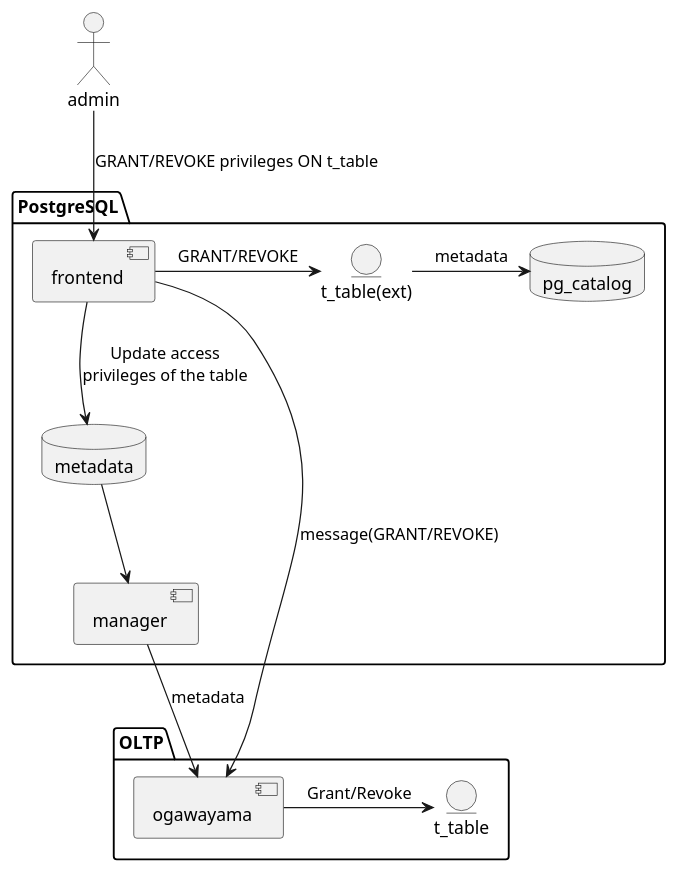
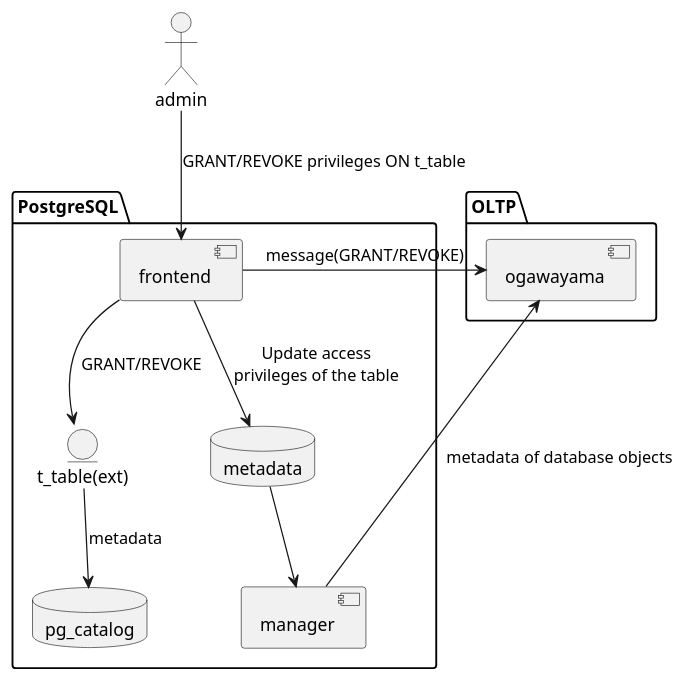
Before and after one commit to project-tsurugi/metadata-manager: the third of 8 diagrams in metadata-manager/docs/spec_design/user_management/images/UserManagement_BD.puml, drawn with PlantUML. The commit also changed other lines of this file and 9 other files, not shown here.

```diff
--- a/metadata-manager/docs/spec_design/user_management/images/UserManagement_BD.puml
+++ b/metadata-manager/docs/spec_design/user_management/images/UserManagement_BD.puml
@@ -62,27 +62,24 @@
 @startuml grant_revoke
 actor admin
 
 package PostgreSQL {
   component frontend
   component manager
   entity "t_table(ext)" as ext_table
   database pg_catalog
   database metadata
 
-  frontend -> ext_table : GRANT/REVOKE
-  ext_table -> pg_catalog : metadata
+  frontend --> ext_table : GRANT/REVOKE
+  ext_table --> pg_catalog : metadata
   frontend --> metadata : Update access\nprivileges of the table
   metadata --> manager
 }
 
 package OLTP {
   component ogawayama
-  entity "t_table" as t_table
-
-  ogawayama -> t_table : Grant/Revoke
 }
 
 admin --> frontend : GRANT/REVOKE privileges ON t_table
-manager --> ogawayama : metadata
-frontend ---> ogawayama : message(GRANT/REVOKE)
+frontend --> ogawayama : message(GRANT/REVOKE)
+ogawayama <--- manager : metadata of database objects
 @enduml
```
